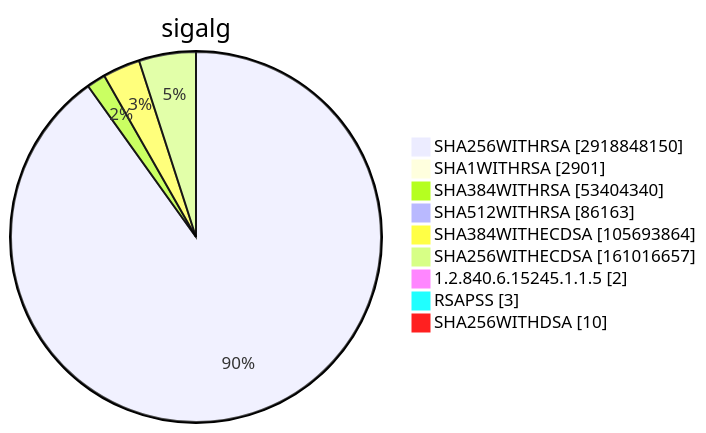
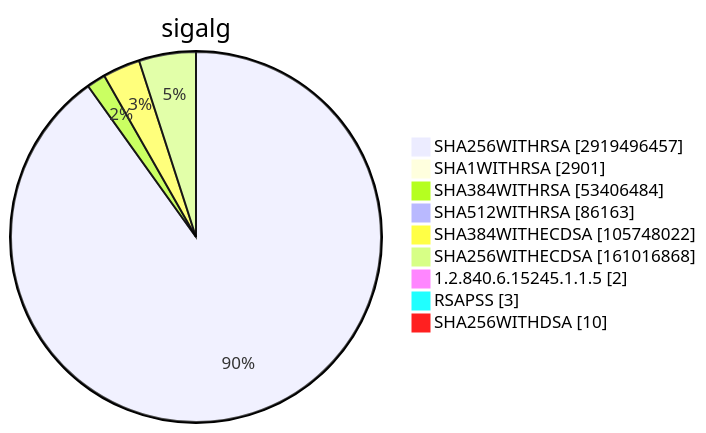
Diagram 15 of 15 in TOTAL/README.md (christiankrug/ctmonitor_visualization), drawn with Mermaid before and after one commit. The commit also changed other lines of this file, not shown here.

````diff
--- a/TOTAL/README.md
+++ b/TOTAL/README.md
@@ -6207,13 +6207,13 @@
 ```mermaid
 pie showData
 title sigalg
-"SHA256WITHRSA" :2918848150
+"SHA256WITHRSA" :2919496457
 "SHA1WITHRSA" :2901
-"SHA384WITHRSA" :53404340
+"SHA384WITHRSA" :53406484
 "SHA512WITHRSA" :86163
-"SHA384WITHECDSA" :105693864
-"SHA256WITHECDSA" :161016657
+"SHA384WITHECDSA" :105748022
+"SHA256WITHECDSA" :161016868
 "1.2.840.6.15245.1.1.5" :2
 "RSAPSS" :3
 "SHA256WITHDSA" :10
 ```
````
